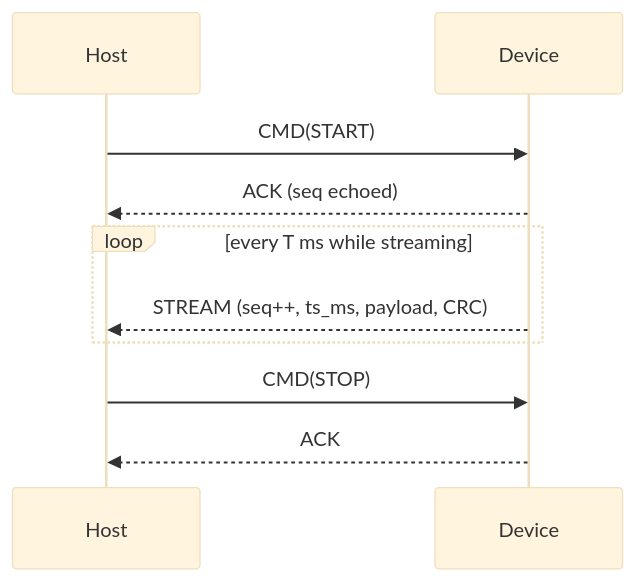
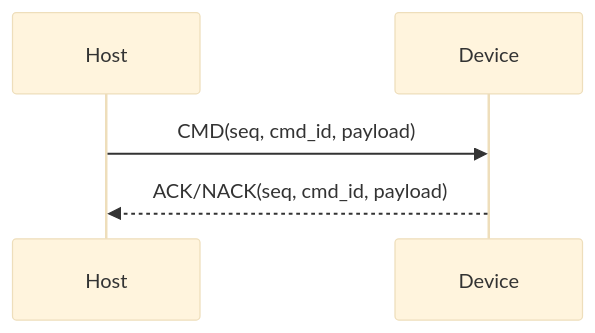
The third of 4 diagrams in docs/architecture.md (brahimab8/stm32-power-scope), drawn with Mermaid (base theme) before and after one commit. The commit also changed other lines of this file and 3 other files, not shown here.

Commit message:
docs: add protocol and debug guide; update architecture and USB-CDC bring-up

````diff
--- a/docs/architecture.md
+++ b/docs/architecture.md
@@ -117,12 +92,8 @@
 ```mermaid
 sequenceDiagram
-  participant Host
-  participant Device
-  Host->>Device: CMD(START)
-  Device-->>Host: ACK (seq echoed)
-  loop every T ms while streaming
-    Device-->>Host: STREAM (seq++, ts_ms, payload, CRC)
-  end
-  Host->>Device: CMD(STOP)
-  Device-->>Host: ACK
+  participant Host as Host
+  participant Dev as Device
+
+  Host->>Dev: CMD(seq, cmd_id, payload)
+  Dev-->>Host: ACK/NACK(seq, cmd_id, payload)
 ```
````
